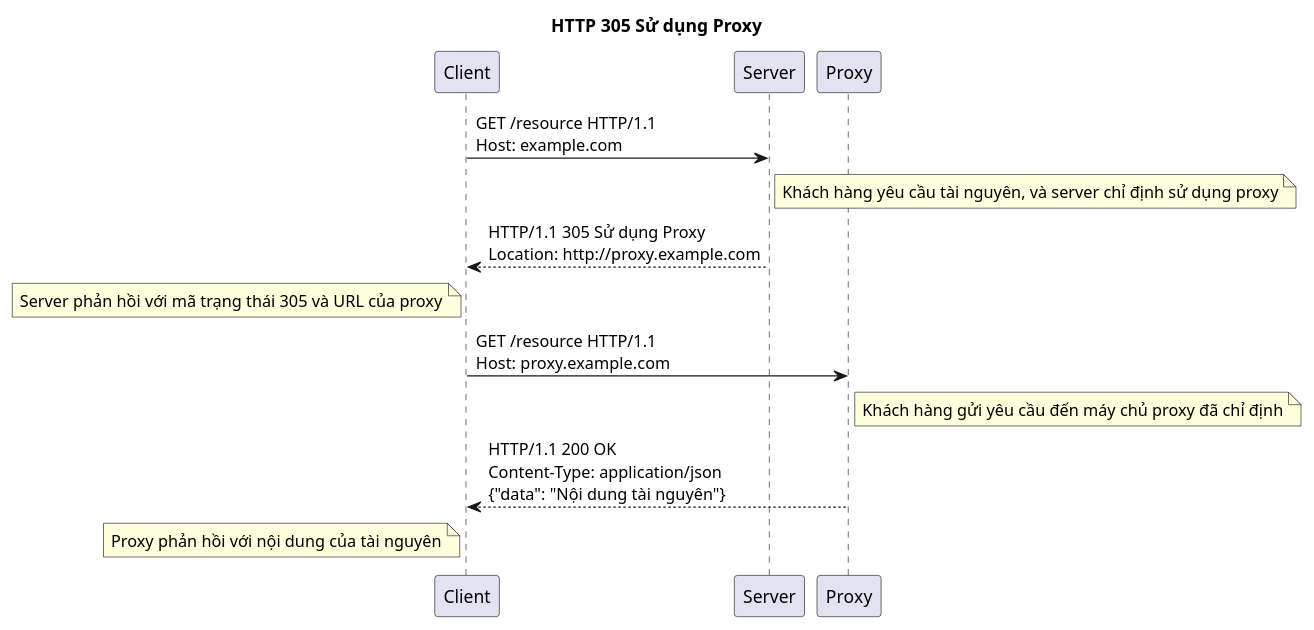
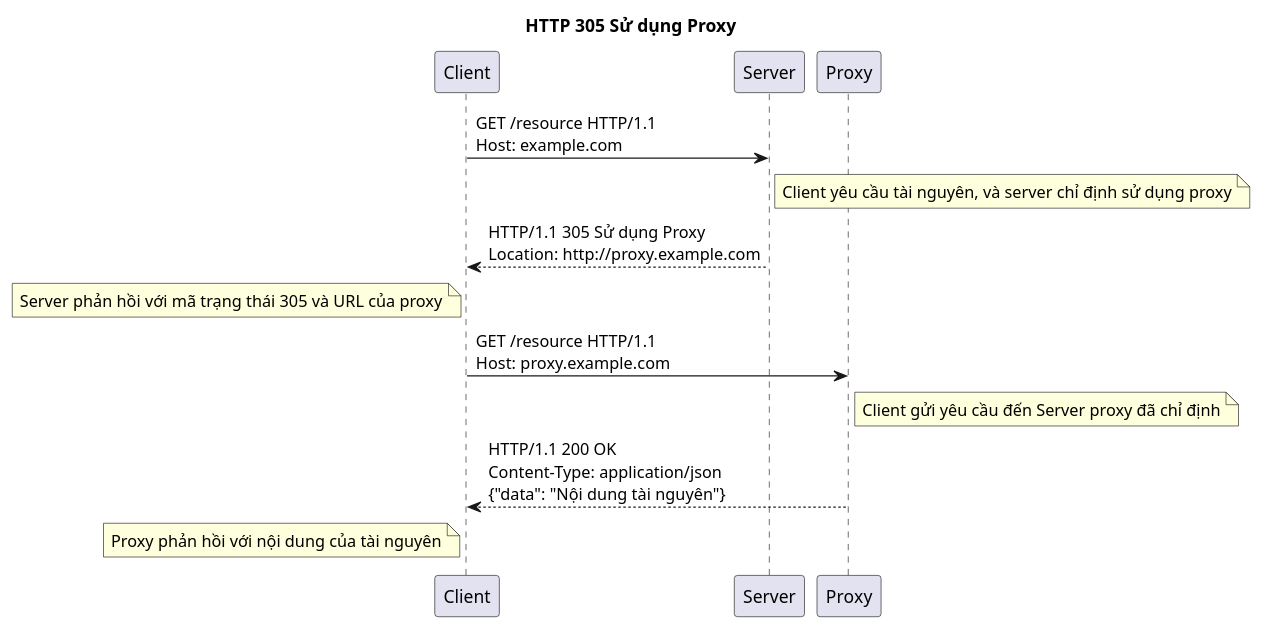
Before and after one commit to thanhlv-com/thanhlv-blog: diagram 16 of 27 in packages/apps/src/blog/2024-12-05-y-nghia-cua-cac-http-status-code.md, drawn with PlantUML. The commit also changed other lines of this file, not shown here.

````diff
--- a/packages/apps/src/blog/2024-12-05-y-nghia-cua-cac-http-status-code.md
+++ b/packages/apps/src/blog/2024-12-05-y-nghia-cua-cac-http-status-code.md
@@ -555,23 +555,23 @@
 ```plantuml
 @startuml
 
 title HTTP 305 Sử dụng Proxy
 
 participant "Client" as C
 participant "Server" as S
 participant "Proxy" as P
 
 C -> S: GET /resource HTTP/1.1\nHost: example.com
-note right of S: Khách hàng yêu cầu tài nguyên, và server chỉ định sử dụng proxy
+note right of S: Client yêu cầu tài nguyên, và server chỉ định sử dụng proxy
 
 S --> C: HTTP/1.1 305 Sử dụng Proxy\nLocation: http://proxy.example.com
 note left of C: Server phản hồi với mã trạng thái 305 và URL của proxy
 
 C -> P: GET /resource HTTP/1.1\nHost: proxy.example.com
-note right of P: Khách hàng gửi yêu cầu đến máy chủ proxy đã chỉ định
+note right of P: Client gửi yêu cầu đến Server proxy đã chỉ định
 
 P --> C: HTTP/1.1 200 OK\nContent-Type: application/json\n{"data": "Nội dung tài nguyên"}
 note left of C: Proxy phản hồi với nội dung của tài nguyên
 
 @enduml
 ```
````
